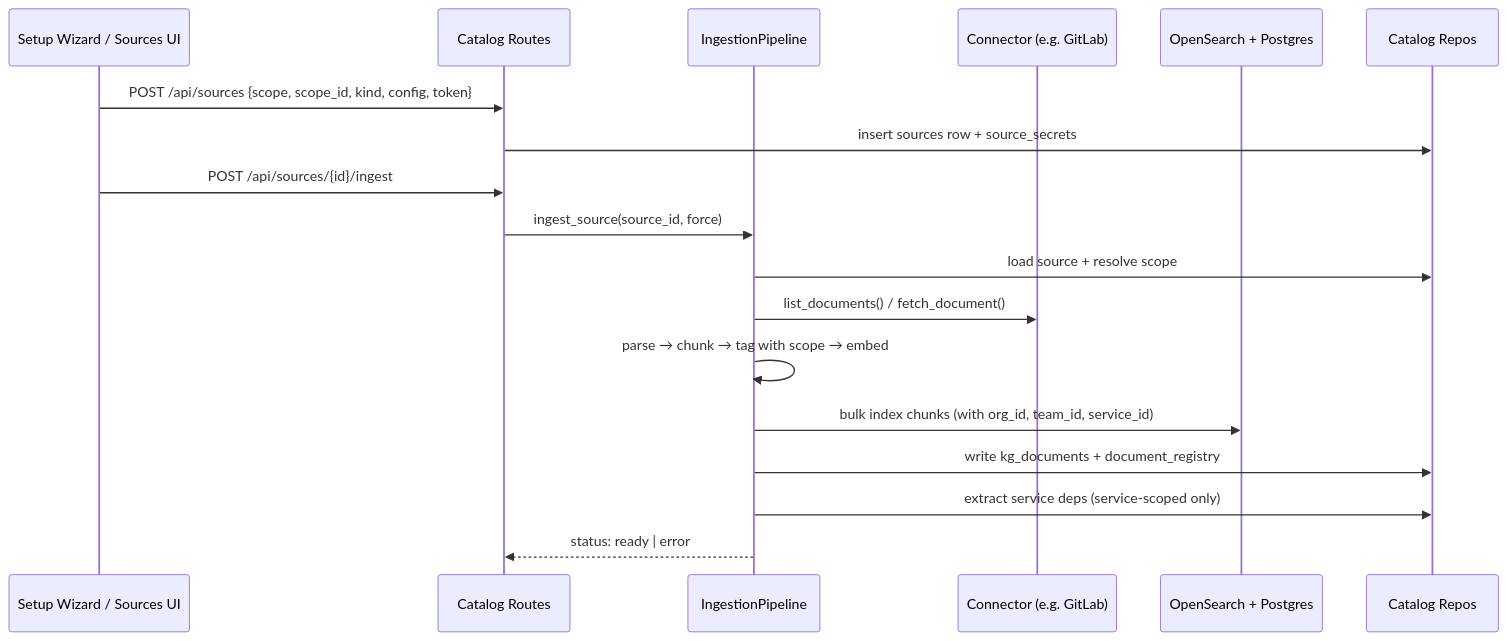
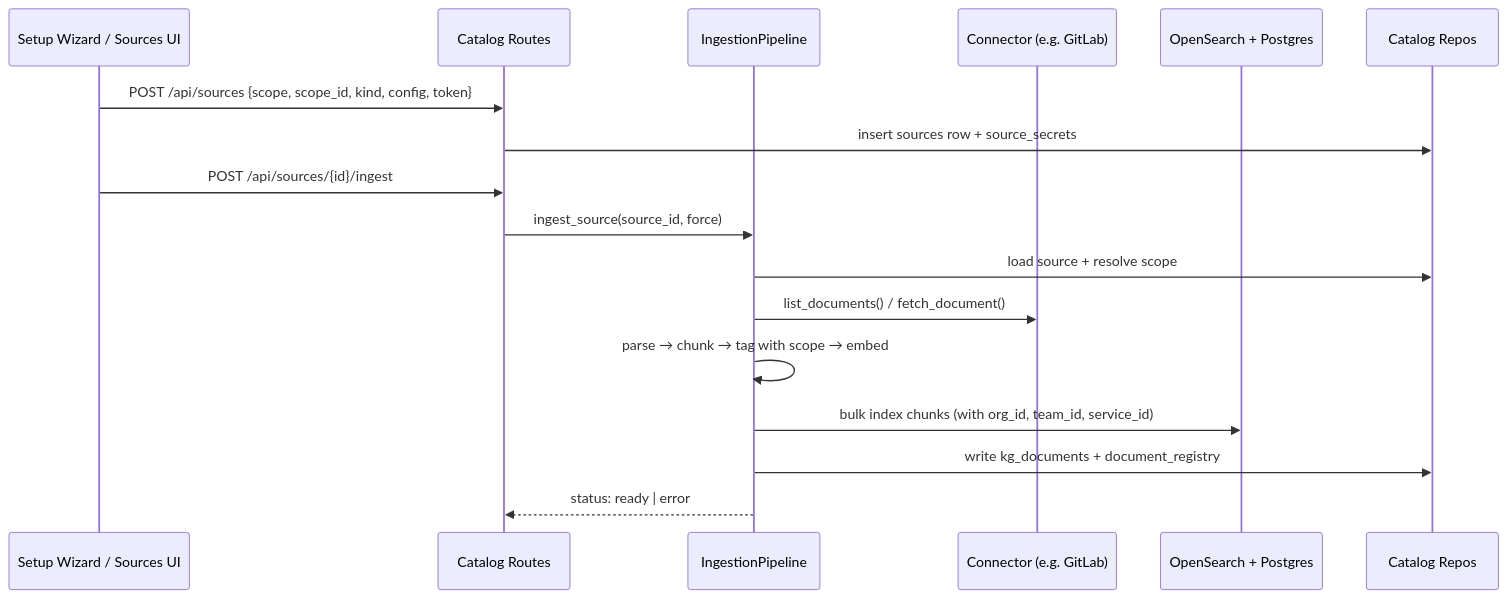
The third of 6 diagrams in docs/architecture.md (gurungabit/prism), drawn with Mermaid before and after one commit. The commit also changed other lines of this file and 9 other files, not shown here.

````diff
--- a/docs/architecture.md
+++ b/docs/architecture.md
@@ -186,21 +187,20 @@
 ```mermaid
 sequenceDiagram
     participant UI as Setup Wizard / Sources UI
     participant API as Catalog Routes
     participant Pipe as IngestionPipeline
     participant Conn as Connector (e.g. GitLab)
     participant Store as OpenSearch + Postgres
     participant Cat as Catalog Repos
 
     UI->>API: POST /api/sources {scope, scope_id, kind, config, token}
     API->>Cat: insert sources row + source_secrets
     UI->>API: POST /api/sources/{id}/ingest
     API->>Pipe: ingest_source(source_id, force)
     Pipe->>Cat: load source + resolve scope
     Pipe->>Conn: list_documents() / fetch_document()
     Pipe->>Pipe: parse → chunk → tag with scope → embed
     Pipe->>Store: bulk index chunks (with org_id, team_id, service_id)
     Pipe->>Cat: write kg_documents + document_registry
-    Pipe->>Cat: extract service deps (service-scoped only)
     Pipe-->>API: status: ready | error
 ```
````
